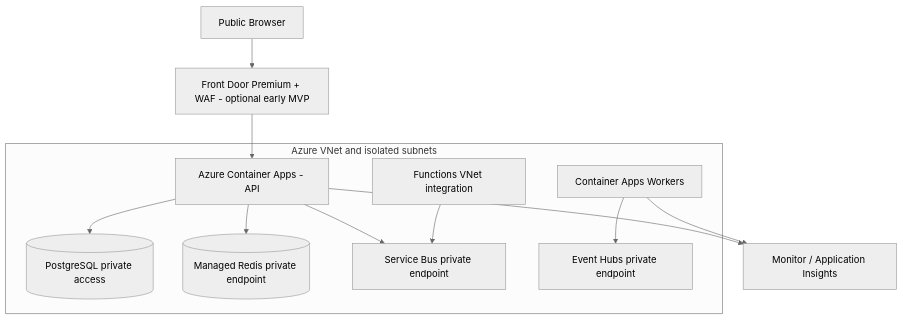
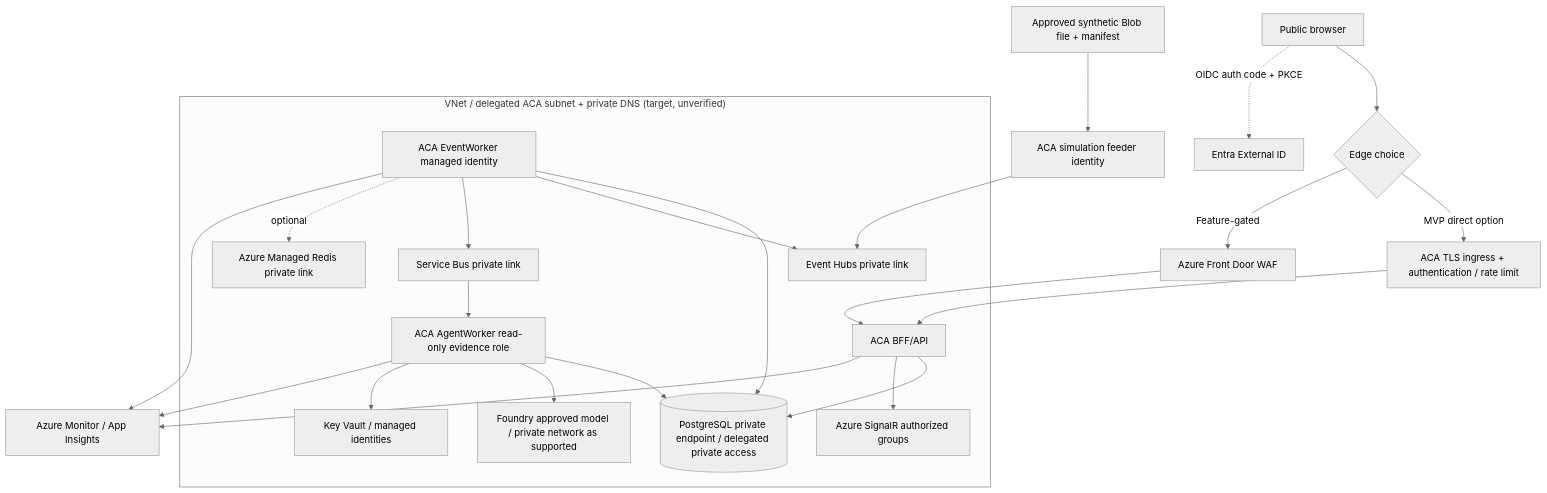
The second of 2 diagrams in docs/architecture/04-deployment.md (prateekgangopadhyay/PitchMind), drawn with Mermaid (neutral theme) before and after one commit. The commit also changed other lines of this file and 4 other files, not shown here.

Commit message:
docs(architecture): separate observed and target C4 with explicit trust, data and replay boundaries

````diff
--- a/docs/architecture/04-deployment.md
+++ b/docs/architecture/04-deployment.md
@@ -3,14 +19,26 @@
 ```mermaid
 flowchart TB
-  User[Public Browser] --> FD[Front Door Premium + WAF - optional early MVP]
-  FD --> App[Azure Container Apps - API]
-  subgraph VNet["Azure VNet and isolated subnets"]
-    App --> Pg[(PostgreSQL private access)]
-    App --> R[(Managed Redis private endpoint)]
-    App --> SB[Service Bus private endpoint]
-    Worker[Container Apps Workers] --> EH[Event Hubs private endpoint]
-    Fn[Functions VNet integration] --> SB
+  User["Public browser"] --> EDGE{"Edge choice"}
+  EDGE -->|MVP direct option| DIRECT["ACA TLS ingress + authentication / rate limit"]
+  EDGE -->|Feature-gated| WAF["Azure Front Door WAF"]
+  WAF --> API["ACA BFF/API"]
+  DIRECT --> API
+  User -. "OIDC auth code + PKCE" .-> Entra["Entra External ID"]
+  subgraph Network["VNet / delegated ACA subnet + private DNS (target, unverified)"]
+    API --> PG[("PostgreSQL private endpoint / delegated private access")]
+    API --> Signal["Azure SignalR authorized groups"]
+    Worker["ACA EventWorker managed identity"] --> PG
+    Worker --> EH["Event Hubs private link"]
+    Worker --> SB["Service Bus private link"]
+    Agent["ACA AgentWorker read-only evidence role"] --> PG
+    Agent --> Foundry["Foundry approved model / private network as supported"]
+    Worker -. "optional" .-> Redis["Azure Managed Redis private link"]
+    Agent --> KV["Key Vault / managed identities"]
   end
-  App --> Obs[Monitor / Application Insights]
-  Worker --> Obs
+  FEED["Approved synthetic Blob file + manifest"] --> Feeder["ACA simulation feeder identity"]
+  Feeder --> EH
+  SB --> Agent
+  API --> Monitor["Azure Monitor / App Insights"]
+  Worker --> Monitor
+  Agent --> Monitor
 ```
````
